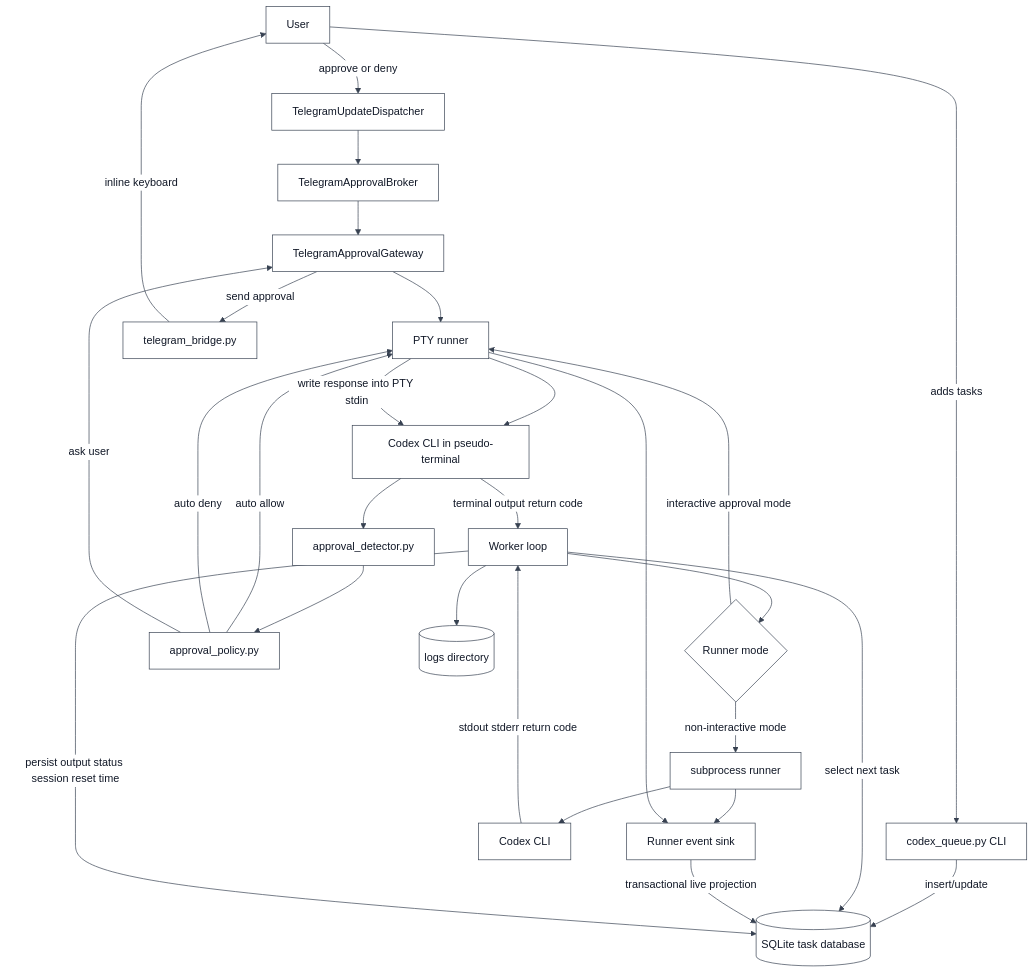
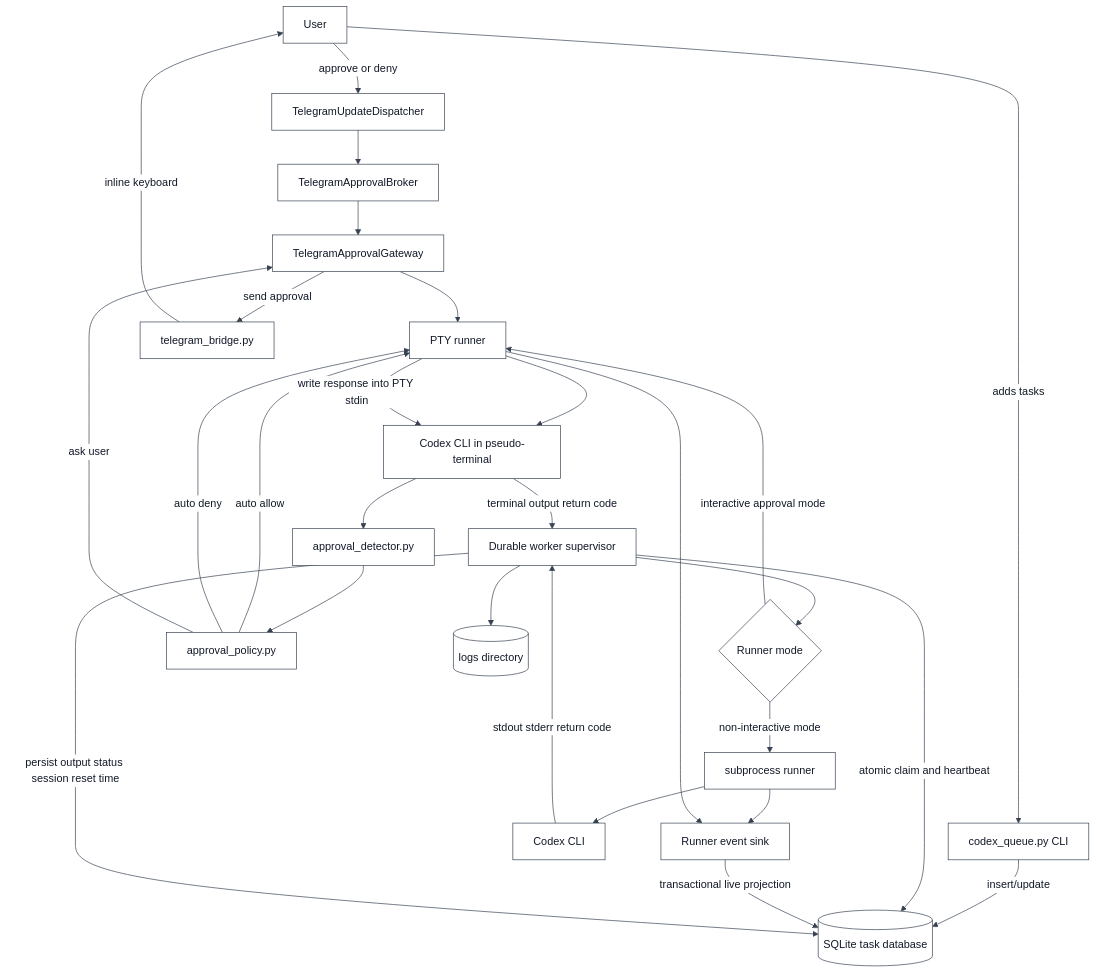
Before and after one commit to kinderp/durex: the first of 7 diagrams in docs/ARCHITECTURE.md, drawn with Mermaid. The commit also changed other lines of this file and 12 other files, not shown here.

````diff
--- a/docs/ARCHITECTURE.md
+++ b/docs/ARCHITECTURE.md
@@ -35,31 +35,31 @@
 ```mermaid
 %%{init: {"theme": "base", "themeVariables": {"primaryColor": "#ffffff", "primaryTextColor": "#111827", "primaryBorderColor": "#374151", "lineColor": "#374151", "secondaryColor": "#f3f4f6", "tertiaryColor": "#ffffff", "textColor": "#111827", "mainBkg": "#ffffff", "nodeBorder": "#374151", "clusterBkg": "#f9fafb", "clusterBorder": "#9ca3af", "edgeLabelBackground": "#ffffff", "actorBkg": "#ffffff", "actorBorder": "#374151", "actorTextColor": "#111827", "activationBkgColor": "#e5e7eb", "activationBorderColor": "#374151", "signalColor": "#111827", "signalTextColor": "#111827", "noteBkgColor": "#fef3c7", "noteTextColor": "#111827", "noteBorderColor": "#92400e"}}}%%
 flowchart TD
     User[User] -->|adds tasks| CLI[codex_queue.py CLI]
     CLI -->|insert/update| DB[(SQLite task database)]
-    Worker[Worker loop] -->|select next task| DB
+    Worker[Durable worker supervisor] -->|atomic claim and heartbeat| DB
     Worker --> Runner{Runner mode}
     Runner -->|non-interactive mode| SubprocessRunner[subprocess runner]
     Runner -->|interactive approval mode| PtyRunner[PTY runner]
     SubprocessRunner --> CodexExec[Codex CLI]
     PtyRunner --> CodexInteractive[Codex CLI in pseudo-terminal]
     SubprocessRunner --> Events[Runner event sink]
     PtyRunner --> Events
     Events -->|transactional live projection| DB
     CodexInteractive --> Detector[approval_detector.py]
     Detector --> Policy[approval_policy.py]
     Policy -->|auto allow| PtyRunner
     Policy -->|auto deny| PtyRunner
     Policy -->|ask user| Gateway[TelegramApprovalGateway]
     Gateway -->|send approval| Telegram[telegram_bridge.py]
     Telegram -->|inline keyboard| User
     User -->|approve or deny| Dispatcher[TelegramUpdateDispatcher]
     Dispatcher --> Broker[TelegramApprovalBroker]
     Broker --> Gateway
     Gateway --> PtyRunner
     PtyRunner -->|write response into PTY stdin| CodexInteractive
     CodexExec -->|stdout stderr return code| Worker
     CodexInteractive -->|terminal output return code| Worker
     Worker -->|persist output status session reset time| DB
     Worker --> Logs[(logs directory)]
 ```
````
